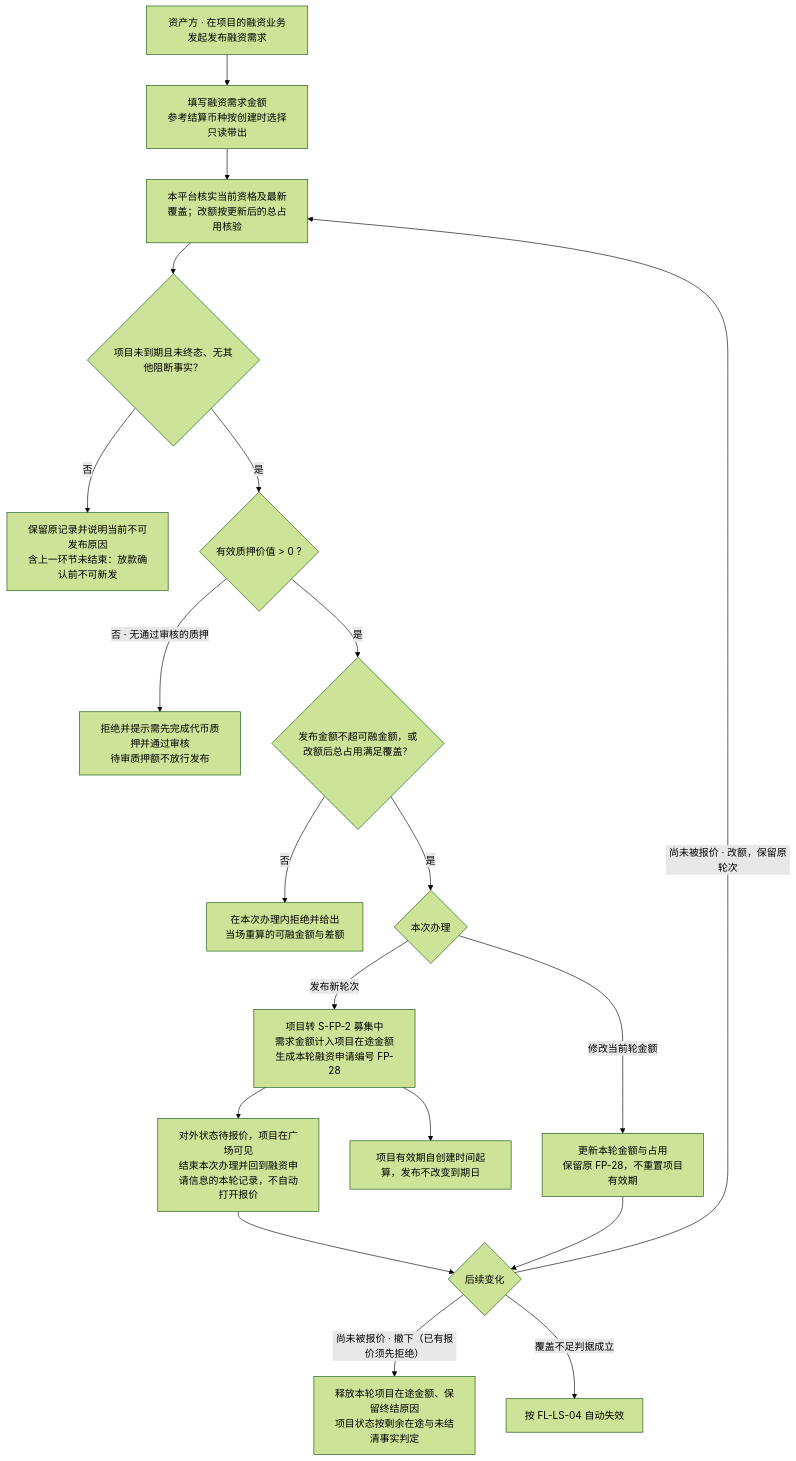
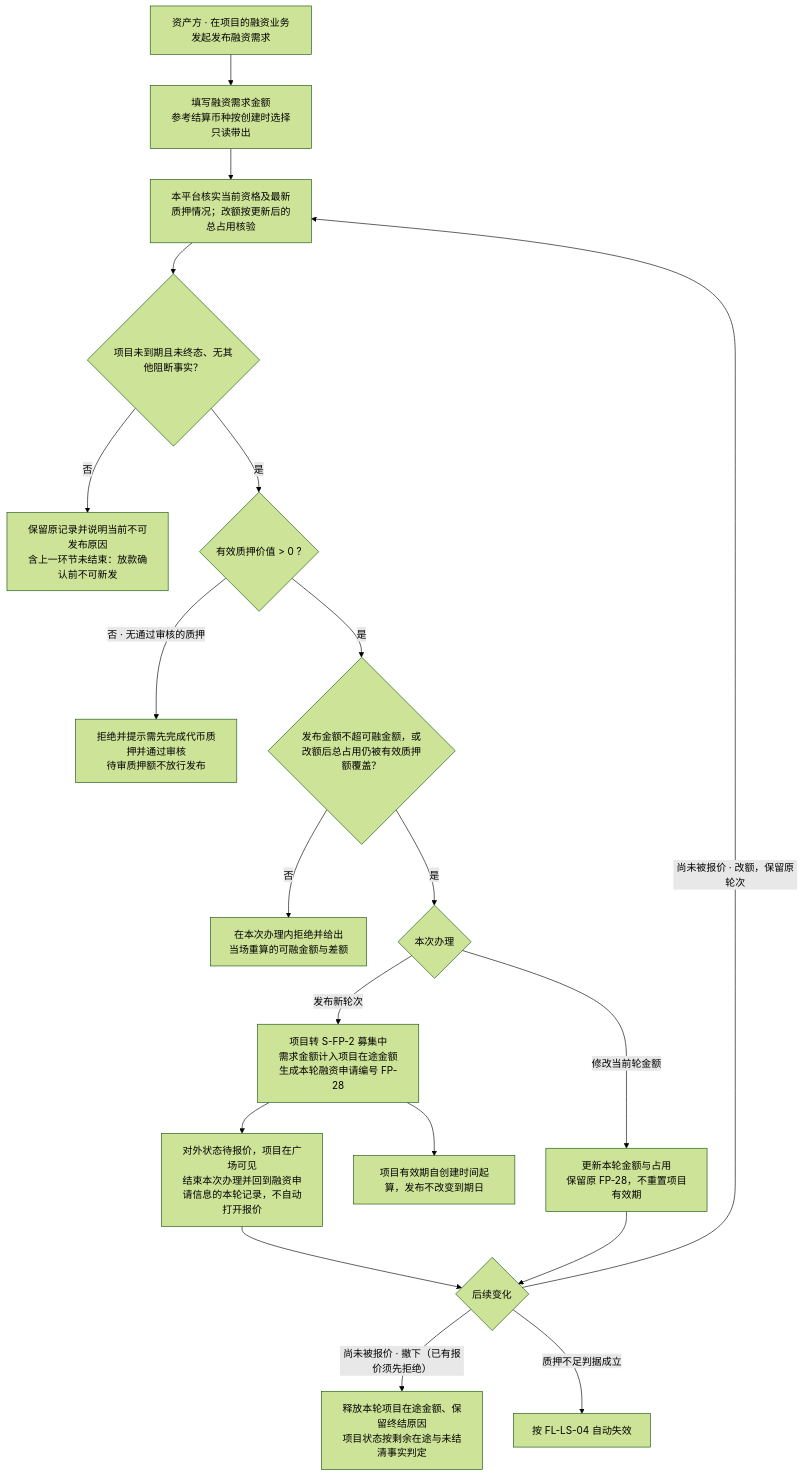
The second of 10 diagrams in lending-platform/PRD/面客端/05-借贷广场-融资需求与代币质押/02-融资需求与代币质押-流程图与状态机.md (wxblockchain/Chain-Financing), drawn with Mermaid (forest theme) before and after one commit. The commit also changed other lines of this file and 20 other files, not shown here.

````diff
--- a/lending-platform/PRD/面客端/05-借贷广场-融资需求与代币质押/02-融资需求与代币质押-流程图与状态机.md
+++ b/lending-platform/PRD/面客端/05-借贷广场-融资需求与代币质押/02-融资需求与代币质押-流程图与状态机.md
@@ -71,21 +71,21 @@
 ```mermaid
 flowchart TD
   A["资产方 · 在项目的融资业务发起发布融资需求"] --> B["填写融资需求金额<br/>参考结算币种按创建时选择只读带出"]
-  B --> C["本平台核实当前资格及最新覆盖；改额按更新后的总占用核验"]
+  B --> C["本平台核实当前资格及最新质押情况；改额按更新后的总占用核验"]
   C --> P{"项目未到期且未终态、无其他阻断事实？"}
   P -- "否" --> STOP["保留原记录并说明当前不可发布原因<br/>含上一环节未结束：放款确认前不可新发"]
   P -- "是" --> D{"有效质押价值 > 0 ?"}
   D -- "否 · 无通过审核的质押" --> E["拒绝并提示需先完成代币质押并通过审核<br/>待审质押额不放行发布"]
-  D -- "是" --> F{"发布金额不超可融金额，或改额后总占用满足覆盖？"}
+  D -- "是" --> F{"发布金额不超可融金额，或改额后总占用仍被有效质押额覆盖？"}
   F -- "否" --> G["在本次办理内拒绝并给出<br/>当场重算的可融金额与差额"]
   F -- "是" --> T{"本次办理"}
   T -- "发布新轮次" --> H["项目转 S-FP-2 募集中<br/>需求金额计入项目在途金额<br/>生成本轮融资申请编号 FP-28"]
   T -- "修改当前轮金额" --> R["更新本轮金额与占用<br/>保留原 FP-28，不重置项目有效期"]
   H --> I["项目有效期自创建时间起算，发布不改变到期日"]
   H --> J["对外状态待报价，项目在广场可见<br/>结束本次办理并回到融资申请信息的本轮记录，不自动打开报价"]
   J --> K{"后续变化"}
   R --> K
   K -- "尚未被报价 · 改额，保留原轮次" --> C
   K -- "尚未被报价 · 撤下（已有报价须先拒绝）" --> L["释放本轮项目在途金额、保留终结原因<br/>项目状态按剩余在途与未结清事实判定"]
-  K -- "覆盖不足判据成立" --> M["按 FL-LS-04 自动失效"]
+  K -- "质押不足判据成立" --> M["按 FL-LS-04 自动失效"]
 ```
````
